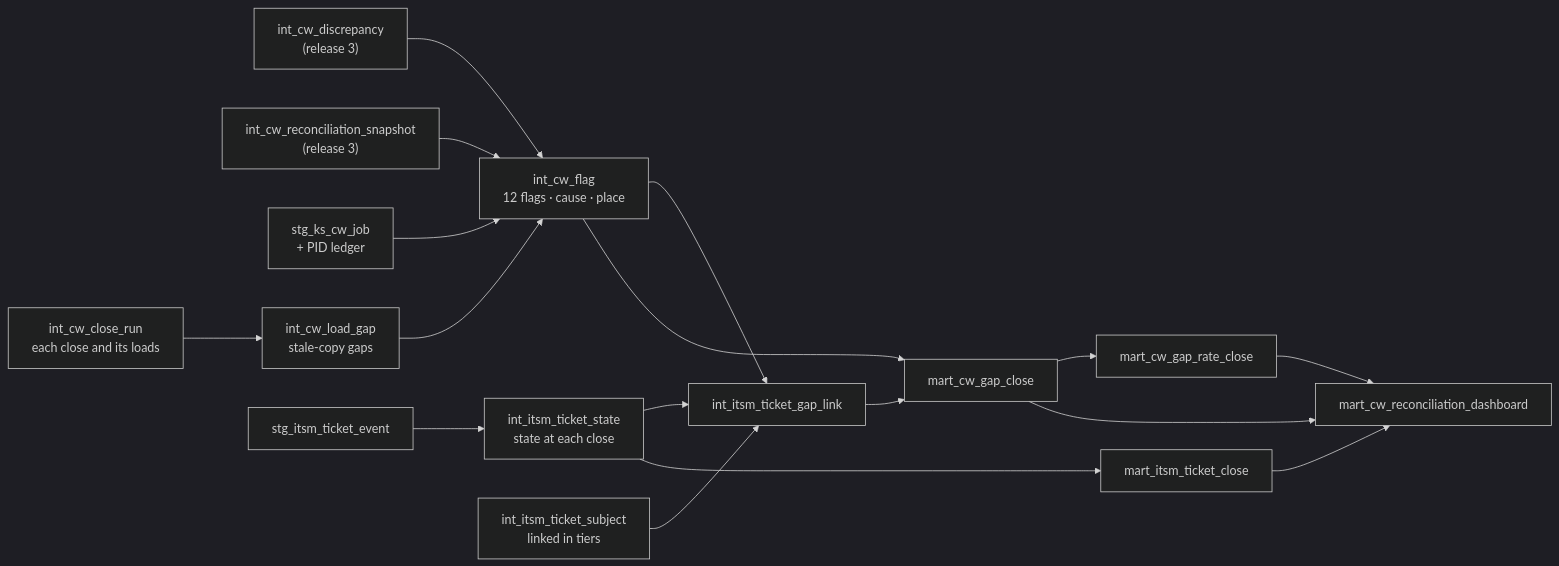
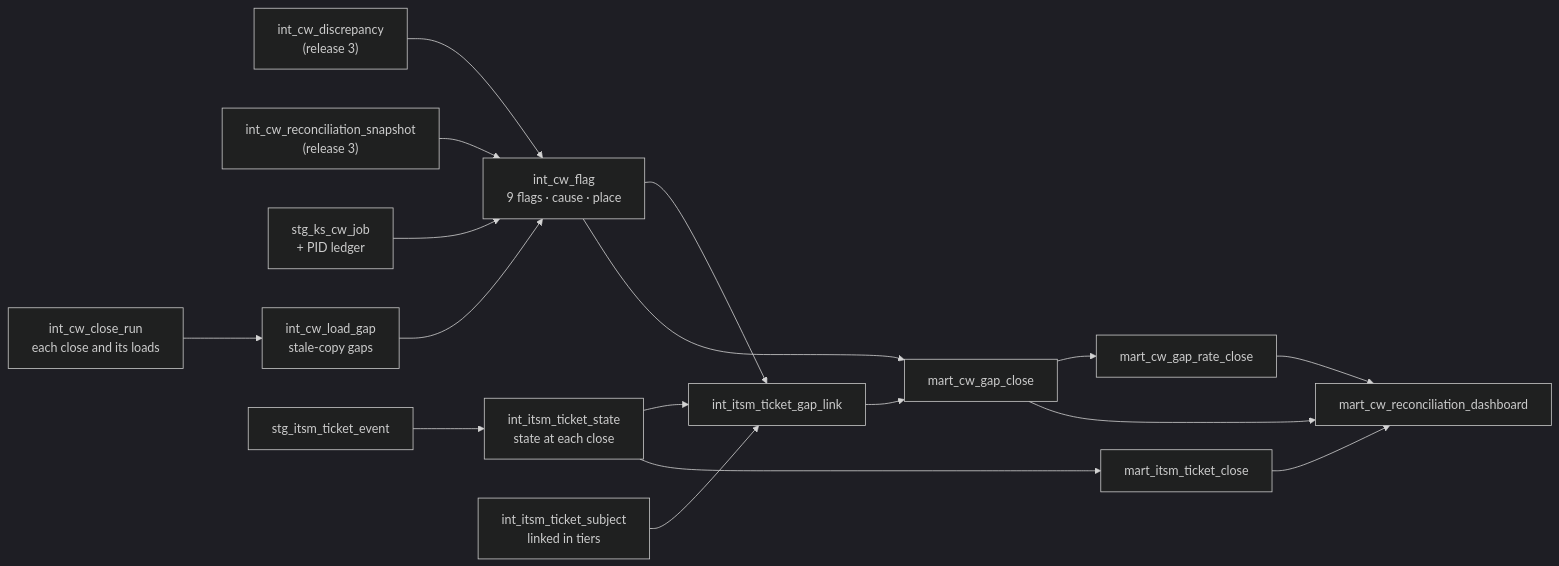
Before and after one commit to thialp/people-analytics-warehouse: the diagram in docs/projects/contingent-workforce/release_4_plan.md, drawn with Mermaid (dark theme). The commit also changed other lines of this file and 42 other files, not shown here.

````diff
--- a/docs/projects/contingent-workforce/release_4_plan.md
+++ b/docs/projects/contingent-workforce/release_4_plan.md
@@ -90,19 +95,19 @@
 ```mermaid
 flowchart LR
     D["int_cw_discrepancy<br/>(release 3)"] --> F
     S["int_cw_reconciliation_snapshot<br/>(release 3)"] --> F
     J["stg_ks_cw_job<br/>+ PID ledger"] --> F
     R["int_cw_close_run<br/>each close and its loads"] --> L["int_cw_load_gap<br/>stale-copy gaps"]
-    L --> F["int_cw_flag<br/>12 flags · cause · place"]
+    L --> F["int_cw_flag<br/>9 flags · cause · place"]
     T["stg_itsm_ticket_event"] --> ST["int_itsm_ticket_state<br/>state at each close"]
     ST --> GL["int_itsm_ticket_gap_link"]
     SB["int_itsm_ticket_subject<br/>linked in tiers"] --> GL
     F --> GL
     F --> M1["mart_cw_gap_close"]
     GL --> M1
     M1 --> M2["mart_cw_gap_rate_close"]
     ST --> M3["mart_itsm_ticket_close"]
     M1 --> M4["mart_cw_reconciliation_dashboard"]
     M2 --> M4
     M3 --> M4
 ```
````
